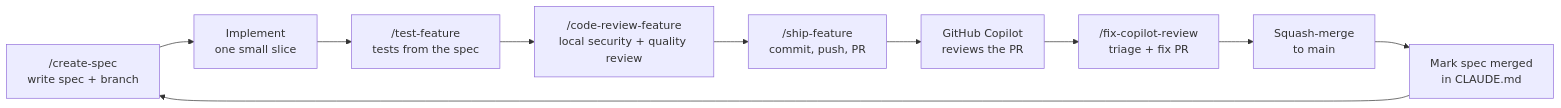
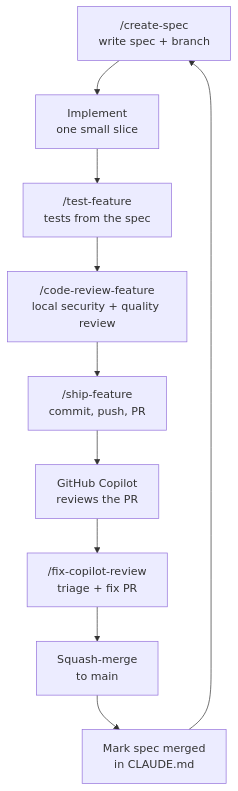
Before and after one commit to Amith-Ganta/Room_Reservation_System_Claude: the diagram in DEVELOPMENT_GUIDE.md, drawn with Mermaid. The commit also changed 1 other file, not shown here.

Commit message:
docs: make wide Mermaid diagrams readable at column width
Lay out the architecture diagram and the delivery loop top to bottom,
shorten the two subgraph titles that were clipped, and compact the
validation flow chart. Documentation only.

````diff
--- a/DEVELOPMENT_GUIDE.md
+++ b/DEVELOPMENT_GUIDE.md
@@ -17,12 +17,12 @@
 ```mermaid
-flowchart LR
+flowchart TB
     A["/create-spec<br/>write spec + branch"] --> B["Implement<br/>one small slice"]
     B --> C["/test-feature<br/>tests from the spec"]
     C --> D["/code-review-feature<br/>local security + quality review"]
     D --> E["/ship-feature<br/>commit, push, PR"]
     E --> F["GitHub Copilot<br/>reviews the PR"]
     F --> G["/fix-copilot-review<br/>triage + fix PR"]
     G --> H["Squash-merge<br/>to main"]
     H --> I["Mark spec merged<br/>in CLAUDE.md"]
     I --> A
 ```
````
